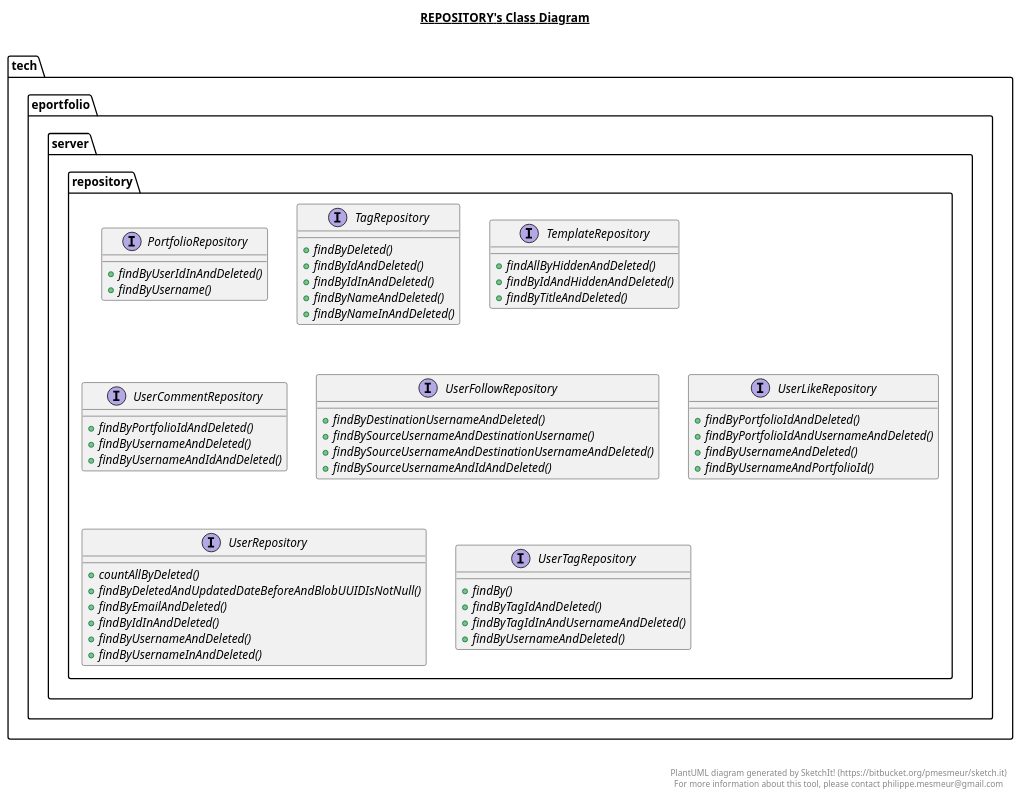
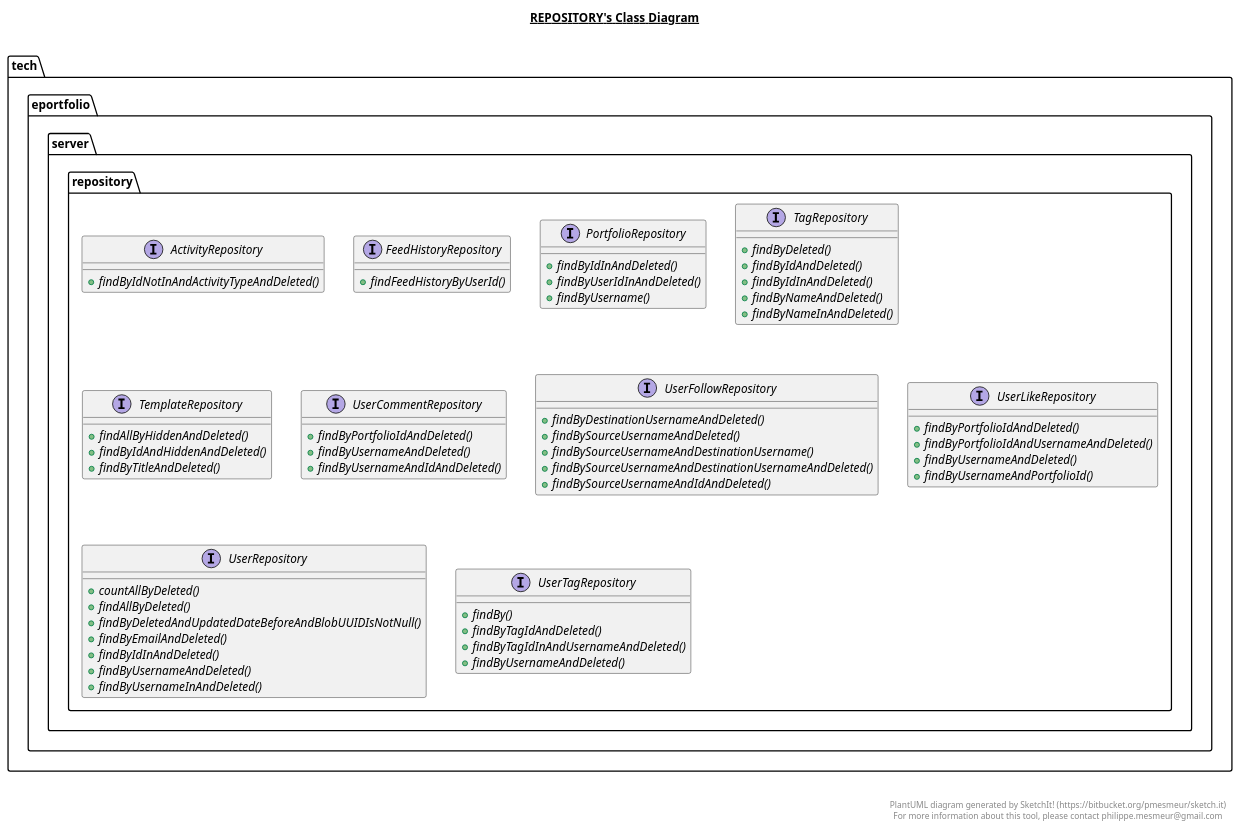
One commit to eportfolio-tech/server changed the diagram in src/main/java/tech/eportfolio/server/repository/repository.plantuml. Above: the diagram before and after it, drawn with PlantUML. The commit also changed 33 other files, not shown here.

Commit message:
docs: Upload diagrams

```diff
--- a/src/main/java/tech/eportfolio/server/repository/repository.plantuml
+++ b/src/main/java/tech/eportfolio/server/repository/repository.plantuml
@@ -1,109 +1,130 @@
 @startuml
 
 title __REPOSITORY's Class Diagram__\n
 
   namespace tech.eportfolio.server {
     namespace repository {
+      interface tech.eportfolio.server.repository.ActivityRepository {
+          {abstract} + findByIdNotInAndActivityTypeAndDeleted()
+      }
+    }
+  }
+  
+
+  namespace tech.eportfolio.server {
+    namespace repository {
+      interface tech.eportfolio.server.repository.FeedHistoryRepository {
+          {abstract} + findFeedHistoryByUserId()
+      }
+    }
+  }
+  
+
+  namespace tech.eportfolio.server {
+    namespace repository {
       interface tech.eportfolio.server.repository.PortfolioRepository {
+          {abstract} + findByIdInAndDeleted()
           {abstract} + findByUserIdInAndDeleted()
           {abstract} + findByUsername()
       }
     }
   }
   
 
   namespace tech.eportfolio.server {
     namespace repository {
       interface tech.eportfolio.server.repository.TagRepository {
           {abstract} + findByDeleted()
           {abstract} + findByIdAndDeleted()
           {abstract} + findByIdInAndDeleted()
           {abstract} + findByNameAndDeleted()
           {abstract} + findByNameInAndDeleted()
       }
     }
   }
   
 
   namespace tech.eportfolio.server {
     namespace repository {
       interface tech.eportfolio.server.repository.TemplateRepository {
           {abstract} + findAllByHiddenAndDeleted()
           {abstract} + findByIdAndHiddenAndDeleted()
           {abstract} + findByTitleAndDeleted()
       }
     }
   }
   
 
   namespace tech.eportfolio.server {
     namespace repository {
       interface tech.eportfolio.server.repository.UserCommentRepository {
           {abstract} + findByPortfolioIdAndDeleted()
           {abstract} + findByUsernameAndDeleted()
           {abstract} + findByUsernameAndIdAndDeleted()
       }
     }
   }
   
 
   namespace tech.eportfolio.server {
     namespace repository {
       interface tech.eportfolio.server.repository.UserFollowRepository {
           {abstract} + findByDestinationUsernameAndDeleted()
+          {abstract} + findBySourceUsernameAndDeleted()
           {abstract} + findBySourceUsernameAndDestinationUsername()
           {abstract} + findBySourceUsernameAndDestinationUsernameAndDeleted()
           {abstract} + findBySourceUsernameAndIdAndDeleted()
       }
     }
   }
   
 
   namespace tech.eportfolio.server {
     namespace repository {
       interface tech.eportfolio.server.repository.UserLikeRepository {
           {abstract} + findByPortfolioIdAndDeleted()
           {abstract} + findByPortfolioIdAndUsernameAndDeleted()
           {abstract} + findByUsernameAndDeleted()
           {abstract} + findByUsernameAndPortfolioId()
       }
     }
   }
   
 
   namespace tech.eportfolio.server {
     namespace repository {
       interface tech.eportfolio.server.repository.UserRepository {
           {abstract} + countAllByDeleted()
+          {abstract} + findAllByDeleted()
           {abstract} + findByDeletedAndUpdatedDateBeforeAndBlobUUIDIsNotNull()
           {abstract} + findByEmailAndDeleted()
           {abstract} + findByIdInAndDeleted()
           {abstract} + findByUsernameAndDeleted()
           {abstract} + findByUsernameInAndDeleted()
       }
     }
   }
   
 
   namespace tech.eportfolio.server {
     namespace repository {
       interface tech.eportfolio.server.repository.UserTagRepository {
           {abstract} + findBy()
           {abstract} + findByTagIdAndDeleted()
           {abstract} + findByTagIdInAndUsernameAndDeleted()
           {abstract} + findByUsernameAndDeleted()
       }
     }
   }
   
 
 
 
 right footer
 
 
 PlantUML diagram generated by SketchIt! (https://bitbucket.org/pmesmeur/sketch.it)
 For more information about this tool, please contact philippe.mesmeur@gmail.com
 endfooter
 
 @enduml
```
